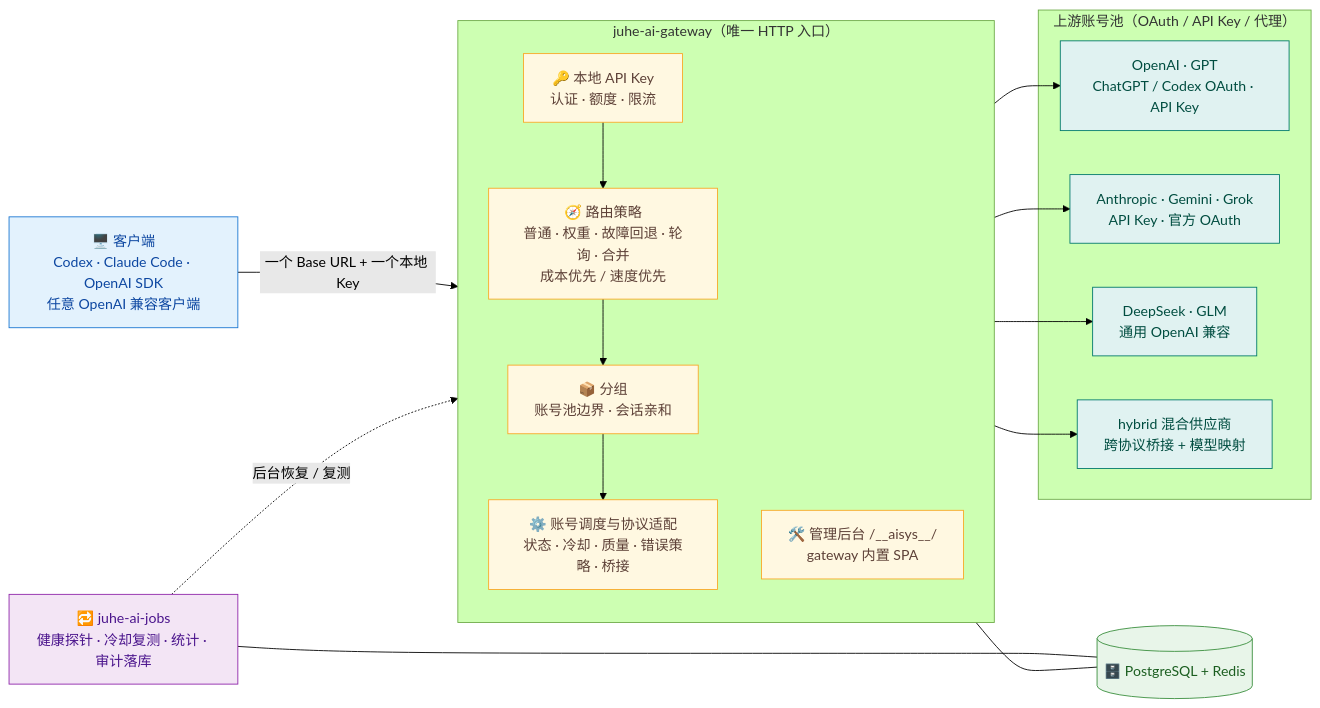
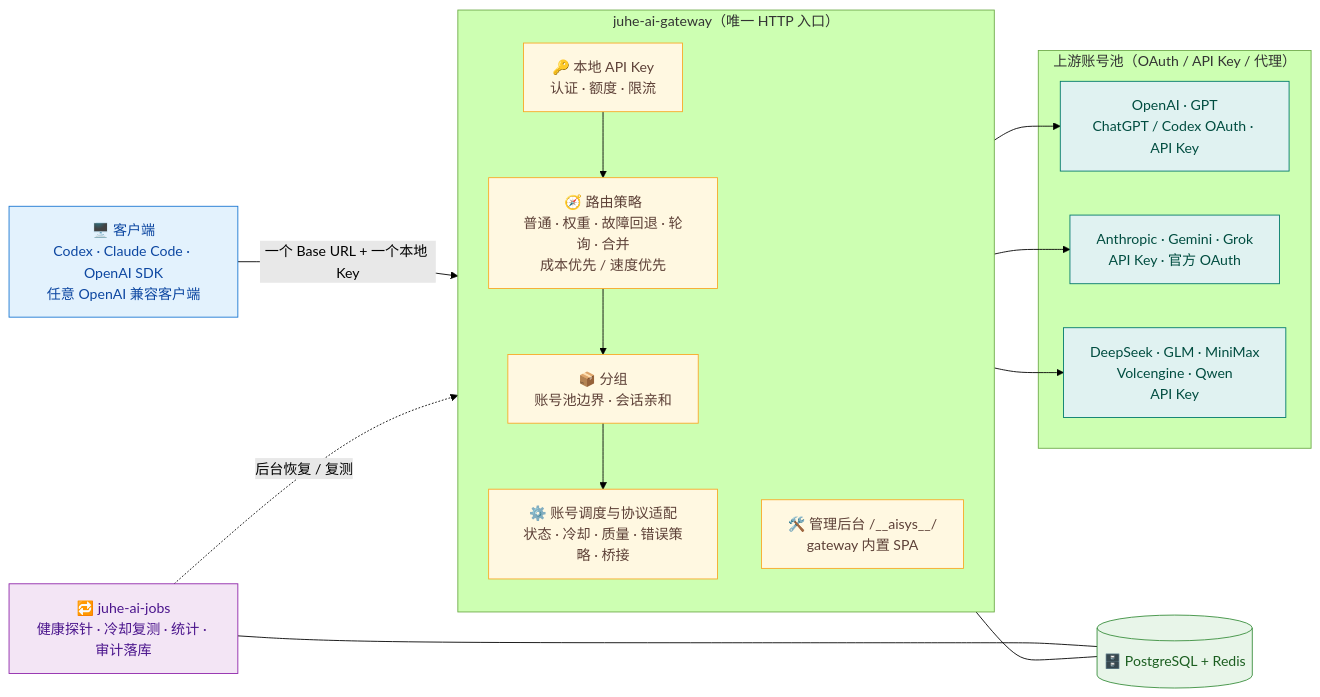
Before and after one commit to huanmin123/juhe-ai: the diagram in README.md, drawn with Mermaid (forest theme). The commit also changed other lines of this file and 521 other files, not shown here.

````diff
--- a/README.md
+++ b/README.md
@@ -219,45 +221,43 @@
 ```mermaid
 flowchart LR
     C["🖥️ 客户端<br/>Codex · Claude Code · OpenAI SDK<br/>任意 OpenAI 兼容客户端"]
 
     subgraph GW["juhe-ai-gateway（唯一 HTTP 入口）"]
         direction TB
         K["🔑 本地 API Key<br/>认证 · 额度 · 限流"]
         S["🧭 路由策略<br/>普通 · 权重 · 故障回退 · 轮询 · 合并<br/>成本优先 / 速度优先"]
         G["📦 分组<br/>账号池边界 · 会话亲和"]
         A["⚙️ 账号调度与协议适配<br/>状态 · 冷却 · 质量 · 错误策略 · 桥接"]
         M["🛠️ 管理后台 /__aisys__/<br/>gateway 内置 SPA"]
         K --> S --> G --> A
     end
 
     subgraph U["上游账号池（OAuth / API Key / 代理）"]
         U1["OpenAI · GPT<br/>ChatGPT / Codex OAuth · API Key"]
         U2["Anthropic · Gemini · Grok<br/>API Key · 官方 OAuth"]
-        U3["DeepSeek · GLM<br/>通用 OpenAI 兼容"]
-        U4["hybrid 混合供应商<br/>跨协议桥接 + 模型映射"]
+        U3["DeepSeek · GLM · MiniMax<br/>Volcengine · Qwen<br/>API Key"]
     end
 
     C -->|"一个 Base URL + 一个本地 Key"| K
     A --> U1
     A --> U2
     A --> U3
-    A --> U4
 
     J["🔁 juhe-ai-jobs<br/>健康探针 · 冷却复测 · 统计 · 审计落库"]
     D[("🗄️ PostgreSQL + Redis")]
 
     J -.->|"后台恢复 / 复测"| A
     A --- D
     J --- D
 
     classDef client fill:#e3f2fd,stroke:#1976d2,color:#0d47a1
     classDef gw fill:#fff8e1,stroke:#f9a825,color:#5d4037
     classDef up fill:#e0f2f1,stroke:#00796b,color:#004d40
     classDef ops fill:#f3e5f5,stroke:#8e24aa,color:#4a148c
     classDef store fill:#e8f5e9,stroke:#388e3c,color:#1b5e20
     class C client
     class K,S,G,A,M gw
     class U1,U2,U3,U4 up
     class J ops
     class D store
 ```
````
